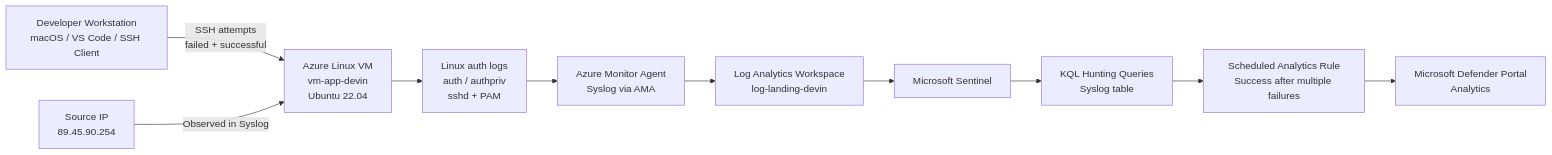
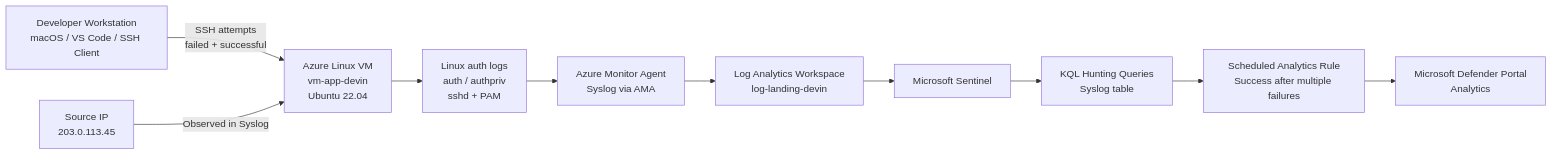
One commit to devinlaws50-wq/cyber-notes changed the diagram in week-14-azure-sentinel-landing-zone/README.md. Above: the diagram before and after it, drawn with Mermaid. The commit also changed other lines of this file, not shown here.

````diff
--- a/week-14-azure-sentinel-landing-zone/README.md
+++ b/week-14-azure-sentinel-landing-zone/README.md
@@ -42,13 +42,13 @@
 ```mermaid
 flowchart LR
     A[Developer Workstation<br/>macOS / VS Code / SSH Client] -->|SSH attempts<br/>failed + successful| B[Azure Linux VM<br/>vm-app-devin<br/>Ubuntu 22.04]
     B --> C[Linux auth logs<br/>auth / authpriv<br/>sshd + PAM]
     C --> D[Azure Monitor Agent<br/>Syslog via AMA]
     D --> E[Log Analytics Workspace<br/>log-landing-devin]
     E --> F[Microsoft Sentinel]
     F --> G[KQL Hunting Queries<br/>Syslog table]
     G --> H[Scheduled Analytics Rule<br/>Success after multiple failures]
     H --> I[Microsoft Defender Portal<br/>Analytics]
 
-    J[Source IP<br/>89.45.90.254] -->|Observed in Syslog| B
+    J[Source IP<br/>203.0.113.45] -->|Observed in Syslog| B
 ```
````
